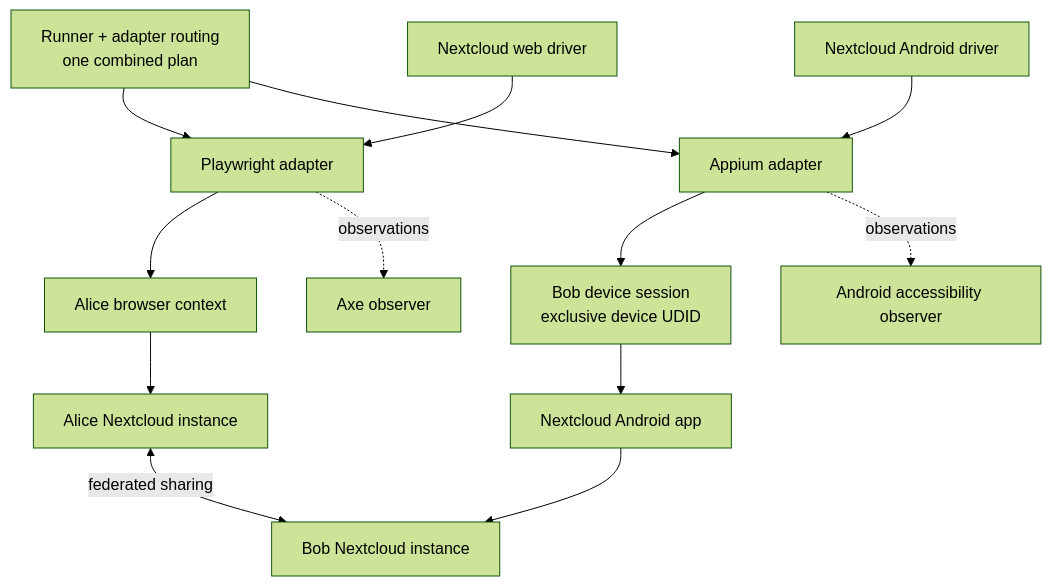
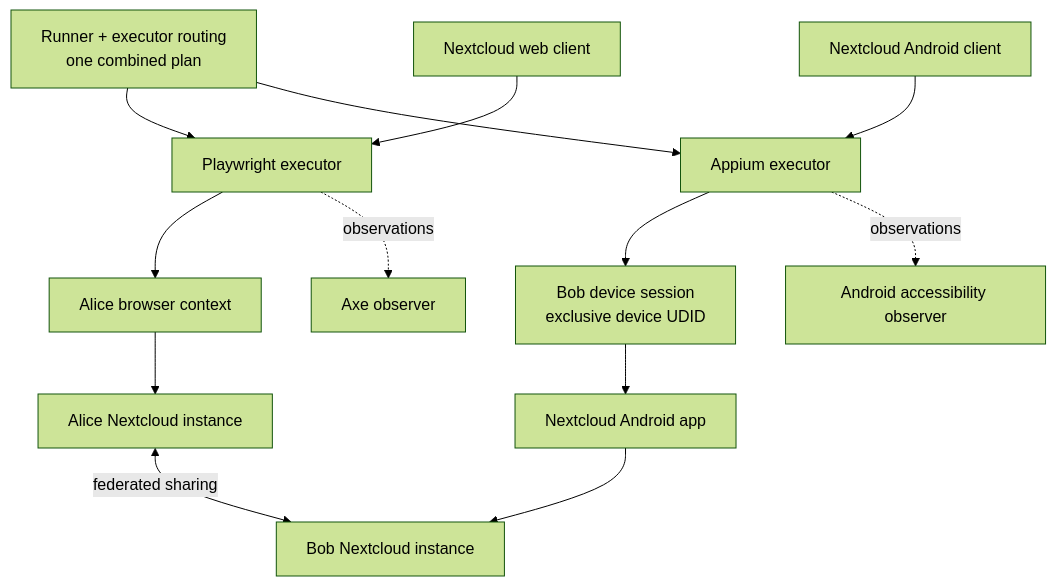
One commit to openuji/journey-mesh changed the third of 5 diagrams in examples/nextcloud-filesharing/README.md. Above: the diagram before and after it, drawn with Mermaid (forest theme). The commit also changed other lines of this file and 20 other files, not shown here.

Commit message:
refactor: architecture lint rules, docs, second-vendor proof

````diff
--- a/examples/nextcloud-filesharing/README.md
+++ b/examples/nextcloud-filesharing/README.md
@@ -247,15 +247,15 @@
 ```mermaid
 flowchart TB
-  runner["Runner + adapter routing<br/>one combined plan"] --> web["Playwright adapter"]
-  runner --> native["Appium adapter"]
-  webDriver["Nextcloud web driver"] --> web
-  androidDriver["Nextcloud Android driver"] --> native
+  runner["Runner + executor routing<br/>one combined plan"] --> web["Playwright executor"]
+  runner --> native["Appium executor"]
+  webClient["Nextcloud web client"] --> web
+  androidClient["Nextcloud Android client"] --> native
   web --> alice["Alice browser context"]
   native --> bob["Bob device session<br/>exclusive device UDID"]
   alice --> aliceService["Alice Nextcloud instance"]
   bob --> app["Nextcloud Android app"]
   app --> bobService["Bob Nextcloud instance"]
   aliceService <-->|federated sharing| bobService
   web -.->|observations| axe["Axe observer"]
   native -.->|observations| accessibility["Android accessibility observer"]
 ```
````
